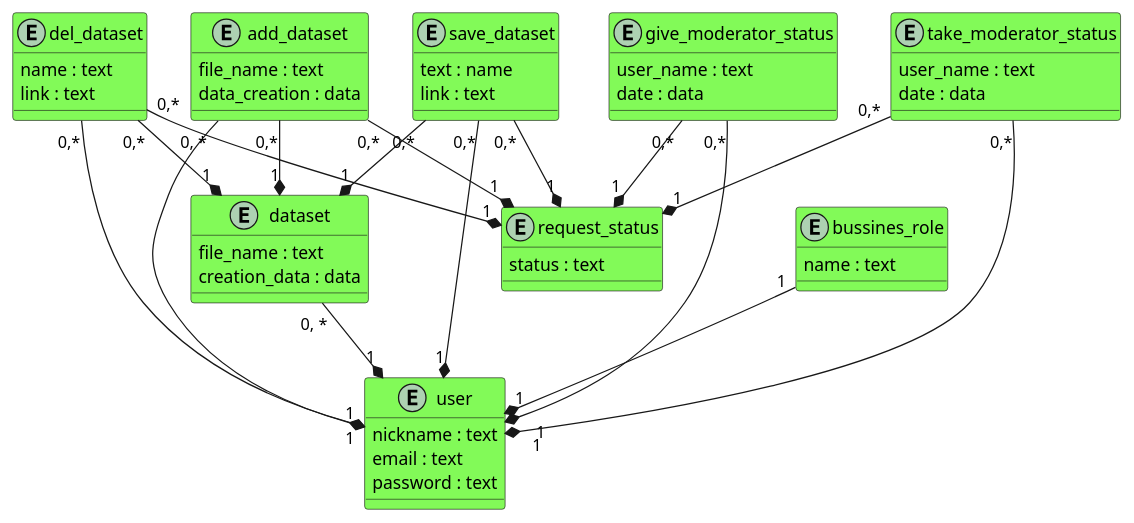
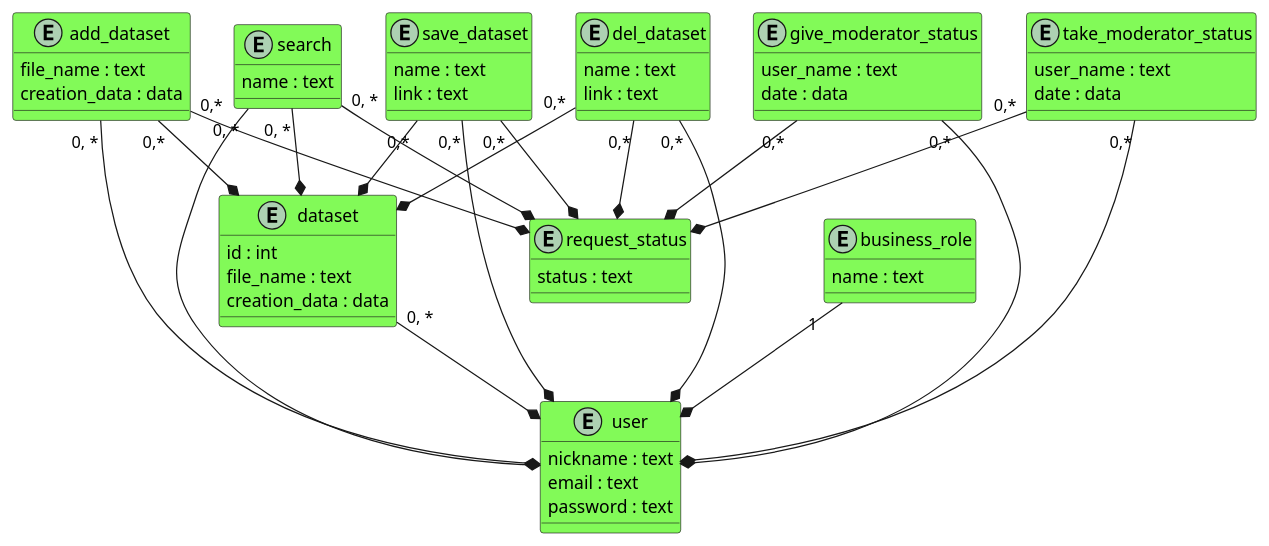
One commit to Hlb03/new_project changed the second of 2 diagrams in docs/design/README.md. Above: the diagram before and after it, drawn with PlantUML. The commit also changed other lines of this file, not shown here.

Commit message:
er-model + business object model

```diff
--- a/docs/design/README.md
+++ b/docs/design/README.md
@@ -8,65 +106,73 @@
 @startuml
 
 
-entity bussines_role #82FA58 {
+entity business_role #82FA58 {
 name : text
 }
 
 
 entity user #82FA58 {
 nickname : text 
 email : text
 password : text
 }
-bussines_role "1"--*"1" user
+business_role "1   "--* user
 
 
 entity request_status #82FA58 {
 	status : text
 }
 
 entity dataset #82FA58 {
+	id : int
 	file_name : text
 	creation_data : data
 }
-dataset "0, *" --* "1" user
+dataset "0, *" --* user
 
 entity save_dataset #82FA58 {
-	text : name
+	name : text
 	link : text
 }
-save_dataset "0,*"--*"1" user
-save_dataset "0,*"--*"1" request_status
-save_dataset "0,*"--*"1" dataset
+save_dataset "0,*"--* user
+save_dataset "0,*"--* request_status
+save_dataset "0,*"--* dataset
 
 entity del_dataset #82FA58 {
 	name : text
 	link : text
 }
-del_dataset "0,*"--*"1" user
-del_dataset "0,*"--*"1" request_status
-del_dataset "0,*"--*"1" dataset
+del_dataset "0,*"--* user
+del_dataset "0,*"--* request_status
+del_dataset "0,*"--* dataset
 
 entity add_dataset #82FA58 {
 	file_name : text
-	data_creation : data
+	creation_data : data
 }
-add_dataset "   0, *"--*"1" user
-add_dataset "0,*"--*"1" request_status
-add_dataset "0,*"--*"1" dataset
+add_dataset "   0, *"--* user
+add_dataset "0,*"--* request_status
+add_dataset "0,*"--* dataset
 
 entity give_moderator_status #82FA58 {
 	user_name : text
 	date : data
 }
-give_moderator_status "0,*"--*"     1" user
-give_moderator_status  "0,*"--*"1" request_status
+give_moderator_status "0,*"--* user
+give_moderator_status  "0,*"--* request_status
 
 entity take_moderator_status #82FA58 {
 	user_name : text
 	date : data
 }
-take_moderator_status "0,*"--*"    1" user
-take_moderator_status  "0,*"--*"1" request_status
+take_moderator_status "0,*"--* user
+take_moderator_status  "0,*"--* request_status
+
+entity search #82FA58 {
+	name : text 
+}
+search "0, *" --* dataset
+search "0, *" --* user
+search "0, *" --* request_status
 
 @enduml
```
